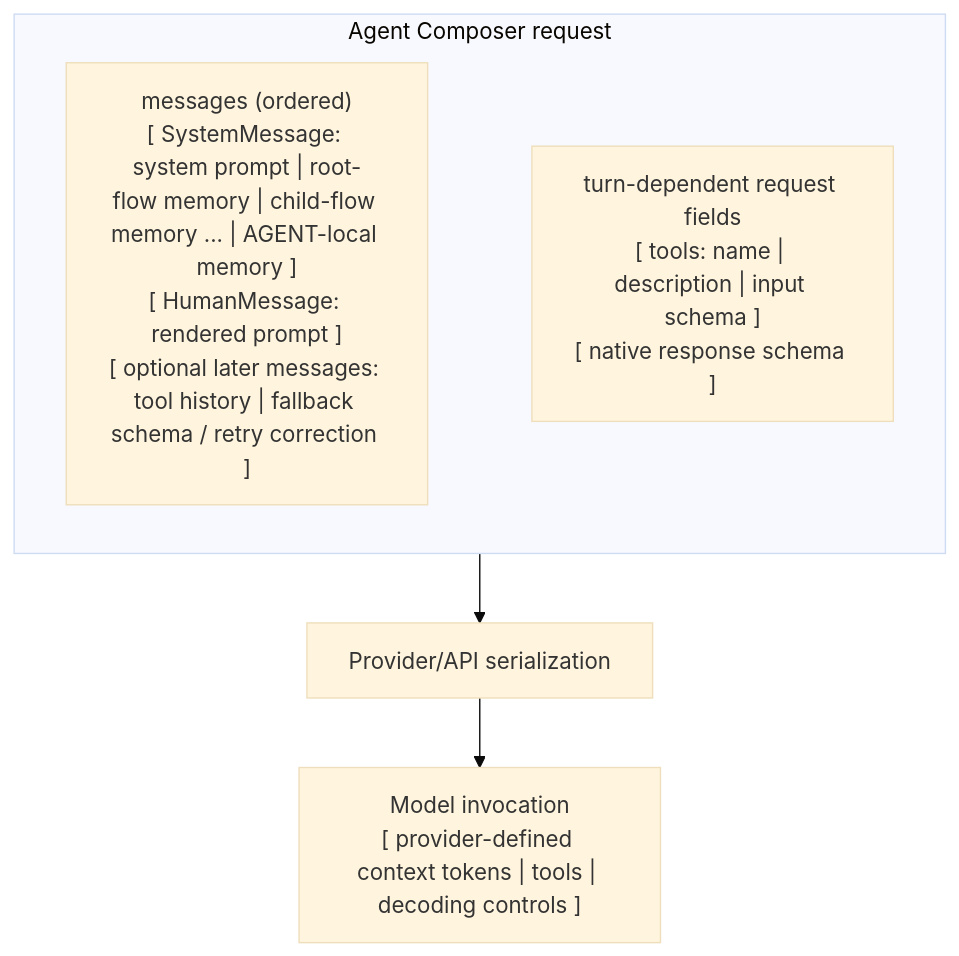
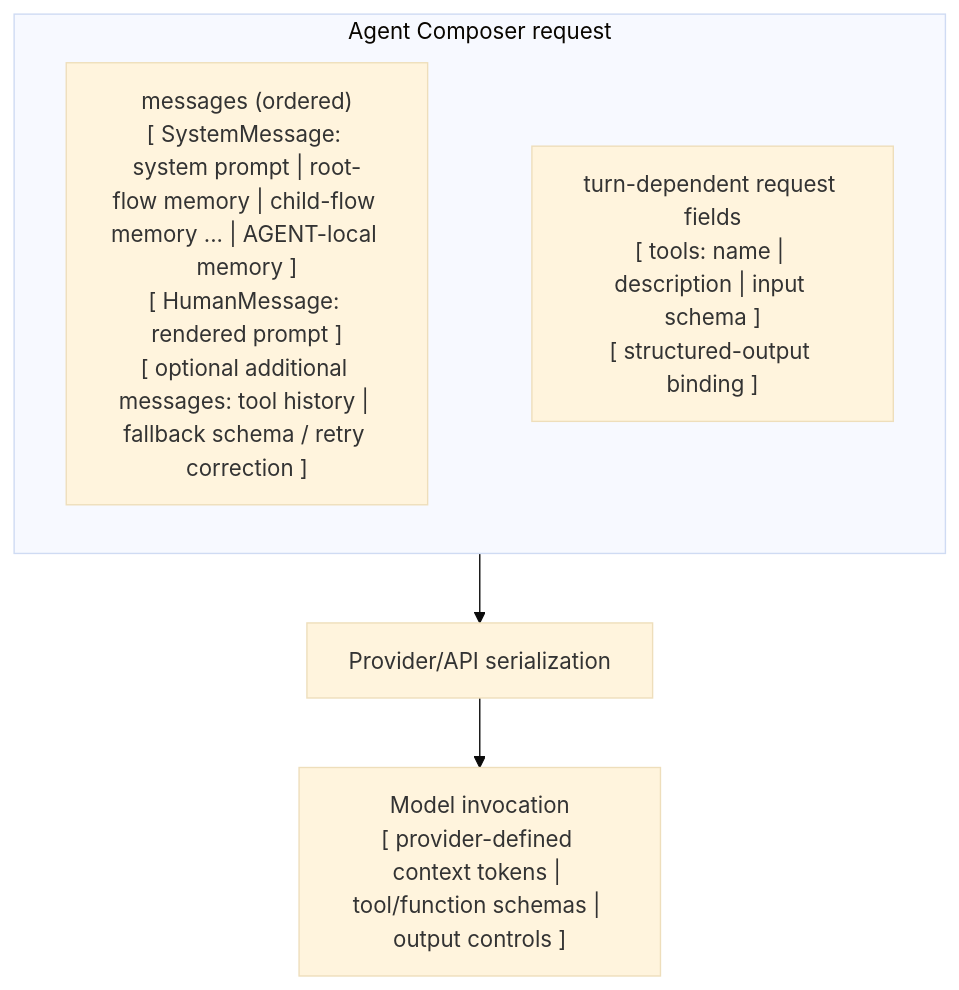
One commit to ngocbh/yian changed the diagram in docs/agent.md. Above: the diagram before and after it, drawn with Mermaid (base theme). The commit also changed other lines of this file, not shown here.

Commit message:
docs: clarify agent request sequencing

````diff
--- a/docs/agent.md
+++ b/docs/agent.md
@@ -62,12 +62,12 @@
 ```mermaid
 flowchart TB
     subgraph request["Agent Composer request"]
         direction LR
-        messages["messages (ordered)<br/>[ SystemMessage: system prompt | root-flow memory | child-flow memory ... | AGENT-local memory ]<br/>[ HumanMessage: rendered prompt ]<br/>[ optional later messages: tool history | fallback schema / retry correction ]"]
-        fields["turn-dependent request fields<br/>[ tools: name | description | input schema ]<br/>[ native response schema ]"]
+        messages["messages (ordered)<br/>[ SystemMessage: system prompt | root-flow memory | child-flow memory ... | AGENT-local memory ]<br/>[ HumanMessage: rendered prompt ]<br/>[ optional additional messages: tool history | fallback schema / retry correction ]"]
+        fields["turn-dependent request fields<br/>[ tools: name | description | input schema ]<br/>[ structured-output binding ]"]
         messages ~~~ fields
     end
 
     request --> serializer["Provider/API serialization"]
-    serializer --> invocation["Model invocation<br/>[ provider-defined context tokens | tools | decoding controls ]"]
+    serializer --> invocation["Model invocation<br/>[ provider-defined context tokens | tool/function schemas | output controls ]"]
 ```
````
